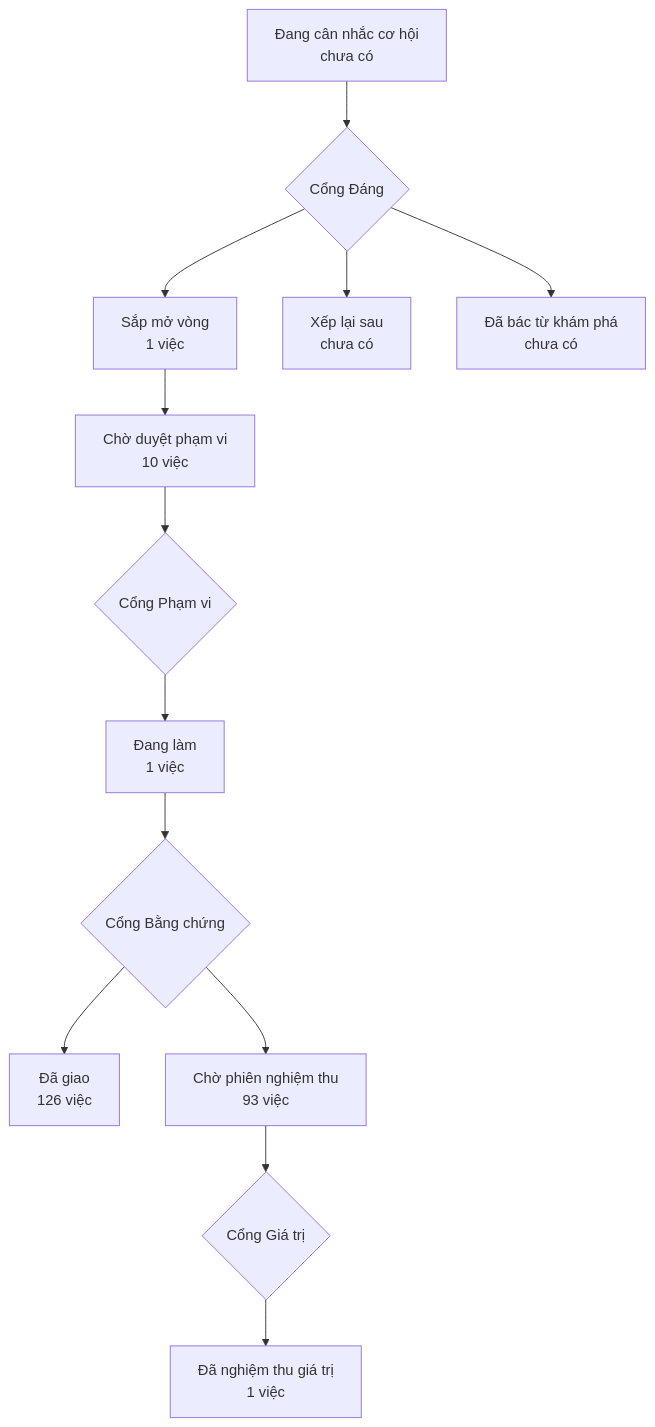
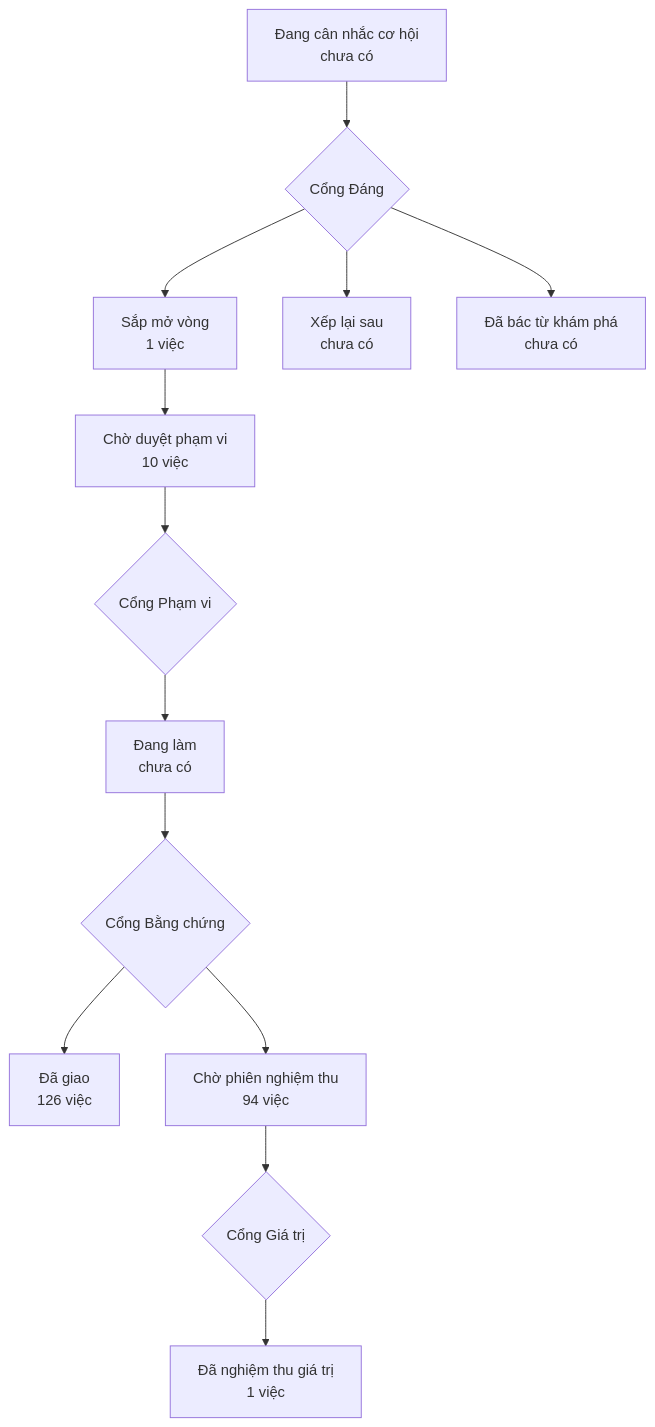
The diagram in PRODUCT-MAP.md (phanlemanh/onehub-invest), drawn with Mermaid before and after one commit. The commit also changed other lines of this file and 4 other files, not shown here.

````diff
--- a/PRODUCT-MAP.md
+++ b/PRODUCT-MAP.md
@@ -7,12 +7,12 @@
 ```mermaid
 flowchart TD
   A["Đang cân nhắc cơ hội<br/>chưa có"] --> GD{"Cổng Đáng"}
   GD --> B["Sắp mở vòng<br/>1 việc"]
   GD --> XL["Xếp lại sau<br/>chưa có"]
   GD --> DB["Đã bác từ khám phá<br/>chưa có"]
   B --> CD["Chờ duyệt phạm vi<br/>10 việc"] --> GP{"Cổng Phạm vi"}
-  GP --> DL["Đang làm<br/>1 việc"] --> GB{"Cổng Bằng chứng"}
+  GP --> DL["Đang làm<br/>chưa có"] --> GB{"Cổng Bằng chứng"}
   GB --> DG["Đã giao<br/>126 việc"]
-  GB --> CN["Chờ phiên nghiệm thu<br/>93 việc"] --> GG{"Cổng Giá trị"}
+  GB --> CN["Chờ phiên nghiệm thu<br/>94 việc"] --> GG{"Cổng Giá trị"}
   GG --> NT["Đã nghiệm thu giá trị<br/>1 việc"]
 ```
````
